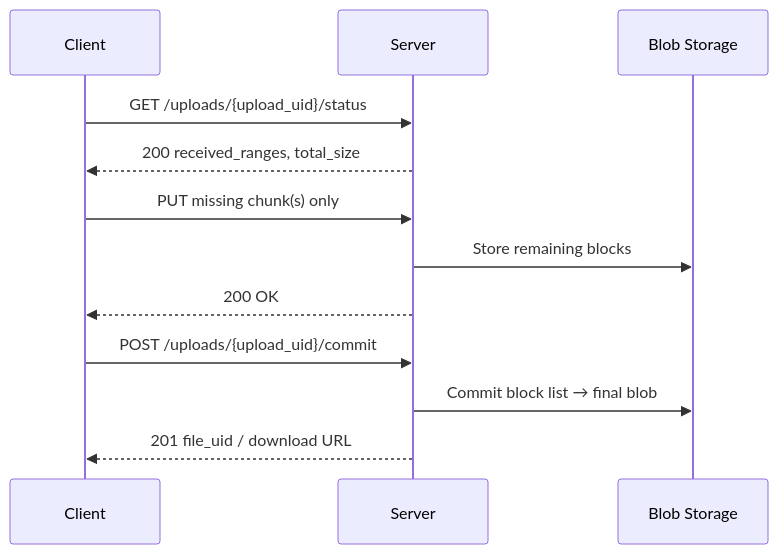
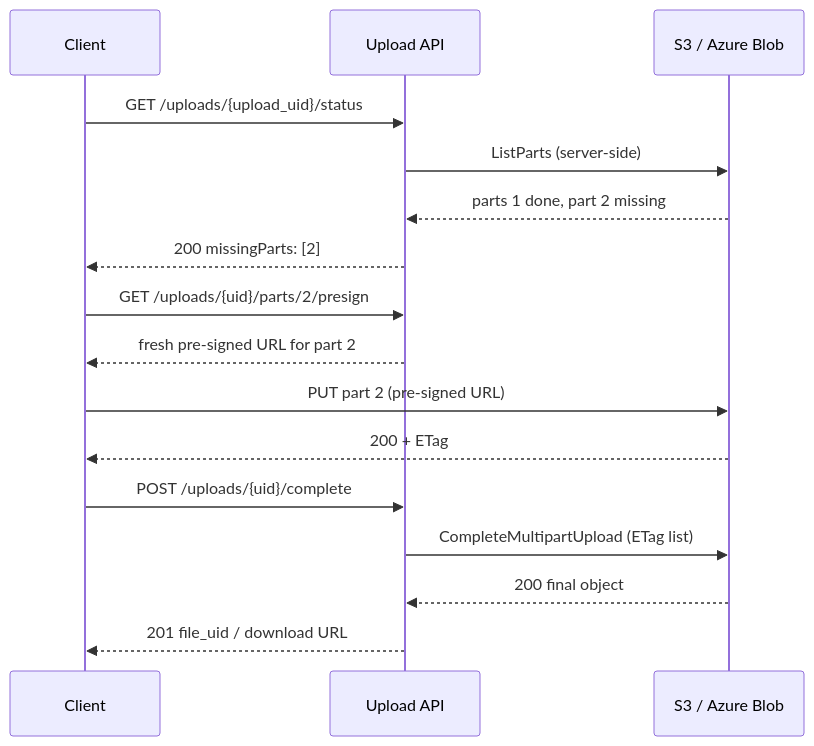
One commit to RohanYadav1812/system-design changed the eighth of 17 diagrams in HLD/HLD-LLD-Complete-Document.md. Above: the diagram before and after it, drawn with Mermaid. The commit also changed other lines of this file, not shown here.

Commit message:
Document pre-signed URLs, S3/Azure Blob usage, and Base URL distinction in HLD/LLD doc

````diff
--- a/HLD/HLD-LLD-Complete-Document.md
+++ b/HLD/HLD-LLD-Complete-Document.md
@@ -446,15 +605,19 @@
 ```mermaid
 sequenceDiagram
     participant Client
-    participant Server
-    participant Storage as Blob Storage
+    participant API as Upload API
+    participant S3 as S3 / Azure Blob
 
-    Client->>Server: GET /uploads/{upload_uid}/status
-    Server-->>Client: 200 received_ranges, total_size
-    Client->>Server: PUT missing chunk(s) only
-    Server->>Storage: Store remaining blocks
-    Server-->>Client: 200 OK
-    Client->>Server: POST /uploads/{upload_uid}/commit
-    Server->>Storage: Commit block list → final blob
-    Server-->>Client: 201 file_uid / download URL
+    Client->>API: GET /uploads/{upload_uid}/status
+    API->>S3: ListParts (server-side)
+    S3-->>API: parts 1 done, part 2 missing
+    API-->>Client: 200 missingParts: [2]
+    Client->>API: GET /uploads/{uid}/parts/2/presign
+    API-->>Client: fresh pre-signed URL for part 2
+    Client->>S3: PUT part 2 (pre-signed URL)
+    S3-->>Client: 200 + ETag
+    Client->>API: POST /uploads/{uid}/complete
+    API->>S3: CompleteMultipartUpload (ETag list)
+    S3-->>API: 200 final object
+    API-->>Client: 201 file_uid / download URL
 ```
````
